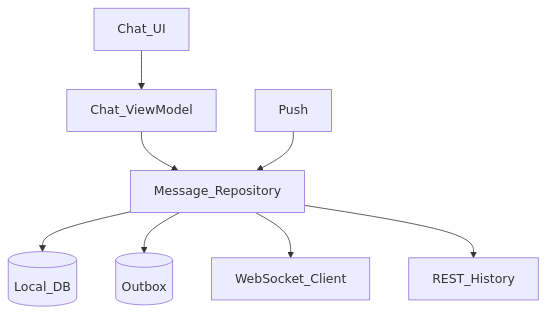
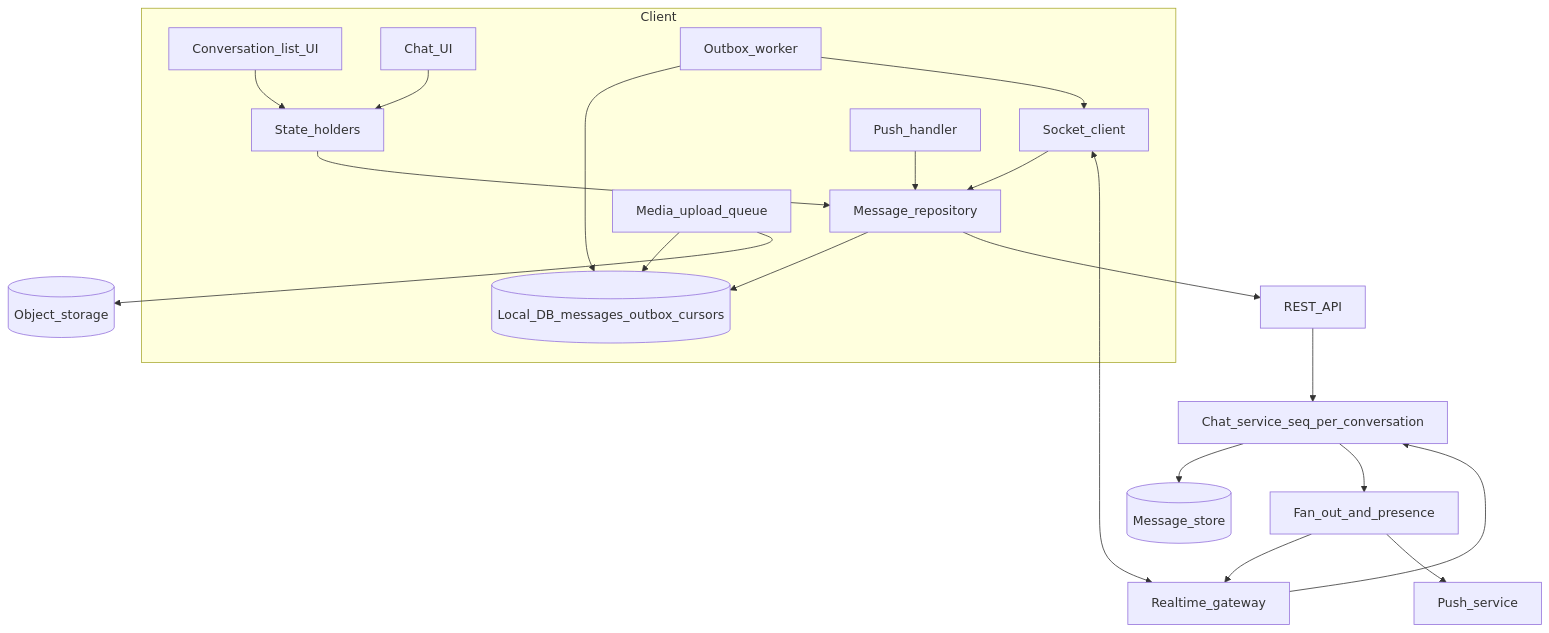
The first of 2 diagrams in book/part-3-consumer-apps/19-messaging-chat.md (yadavsandeep24/san_system_design), drawn with Mermaid before and after one commit. The commit also changed other lines of this file, not shown here.

````diff
--- a/book/part-3-consumer-apps/19-messaging-chat.md
+++ b/book/part-3-consumer-apps/19-messaging-chat.md
@@ -27,17 +47,39 @@
 ```mermaid
 flowchart TB
-  ui[Chat_UI]
-  vm[Chat_ViewModel]
-  repo[Message_Repository]
-  db[(Local_DB)]
-  outbox[(Outbox)]
-  ws[WebSocket_Client]
-  api[REST_History]
-  push[Push]
-  ui --> vm --> repo
-  repo --> db
-  repo --> outbox
-  repo --> ws
+  subgraph Client
+    list[Conversation_list_UI]
+    chat[Chat_UI]
+    vm[State_holders]
+    repo[Message_repository]
+    db[(Local_DB_messages_outbox_cursors)]
+    sock[Socket_client]
+    outbox[Outbox_worker]
+    pushh[Push_handler]
+    media[Media_upload_queue]
+    list --> vm
+    chat --> vm
+    vm --> repo
+    repo --> db
+    outbox --> db
+    outbox --> sock
+    sock --> repo
+    pushh --> repo
+    media --> db
+  end
+  gw[Realtime_gateway]
+  api[REST_API]
+  chatsvc[Chat_service_seq_per_conversation]
+  store[(Message_store)]
+  fan[Fan_out_and_presence]
+  pushsvc[Push_service]
+  obj[(Object_storage)]
+  sock <--> gw
   repo --> api
-  push --> repo
+  media --> obj
+  gw --> chatsvc
+  api --> chatsvc
+  chatsvc --> store
+  chatsvc --> fan
+  fan --> gw
+  fan --> pushsvc
 ```
````
